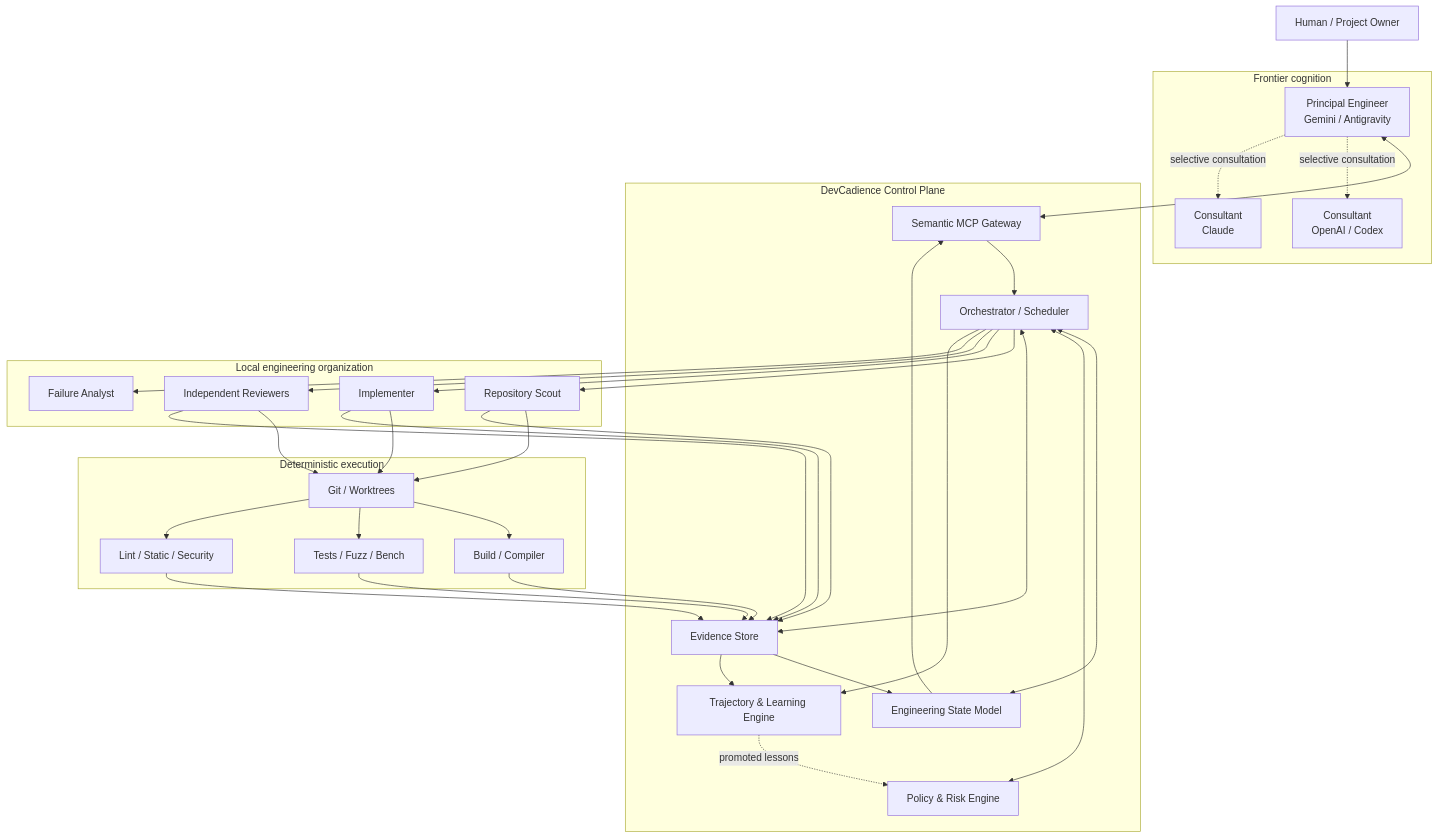
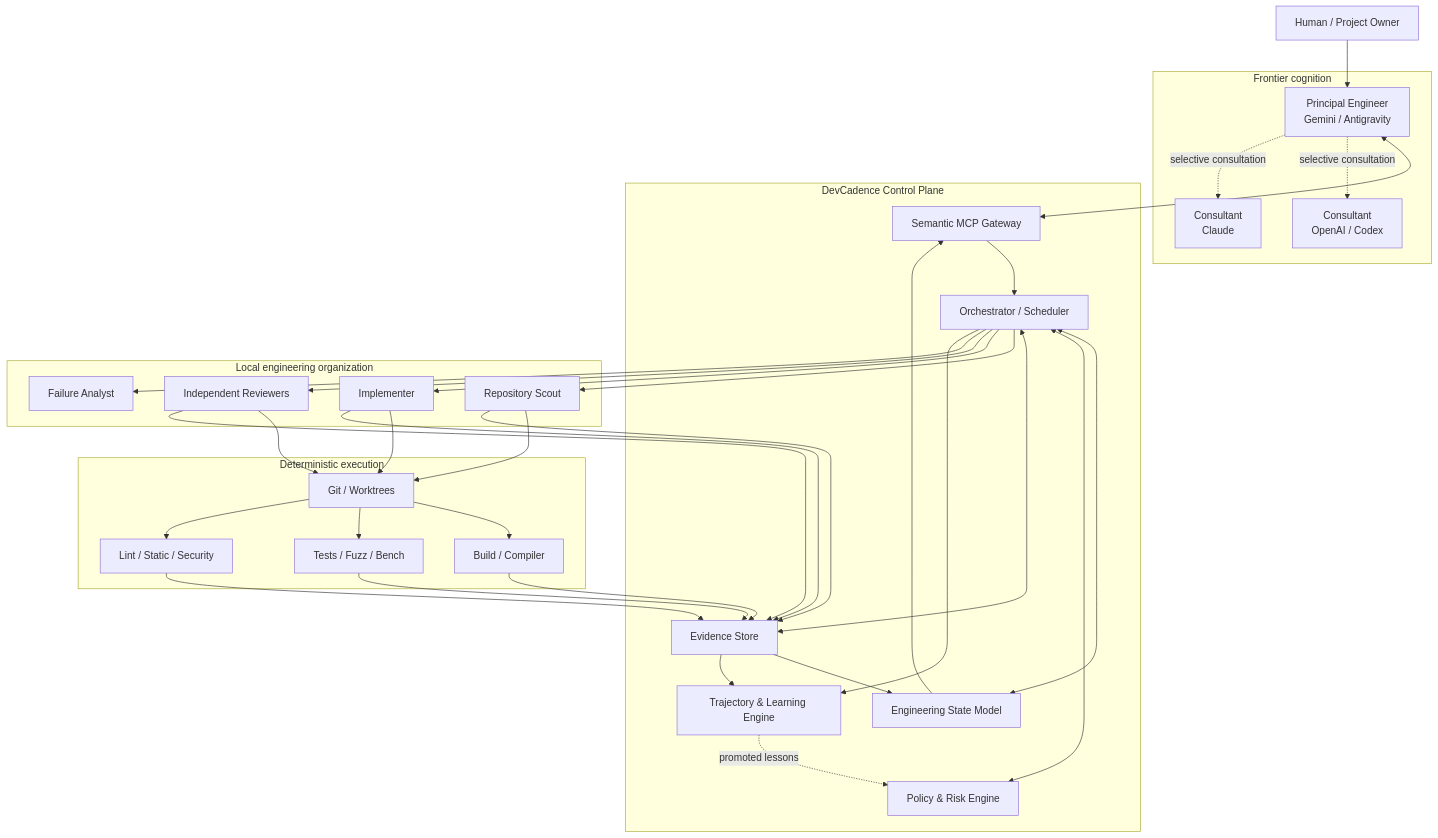
One commit to olostan/DevCadence changed the first of 13 diagrams in docs/ARCHITECTURE.md. Above: the diagram before and after it, drawn with Mermaid. The commit also changed other lines of this file and 207 other files, not shown here.

Commit message:
refactor: rename DevCadience to DevCadence

````diff
--- a/docs/ARCHITECTURE.md
+++ b/docs/ARCHITECTURE.md
@@ -20,67 +20,67 @@
 ```mermaid
 flowchart TB
     Human["Human / Project Owner"]
 
     subgraph Frontier["Frontier cognition"]
         Principal["Principal Engineer<br/>Gemini / Antigravity"]
         ConsultantA["Consultant<br/>OpenAI / Codex"]
         ConsultantB["Consultant<br/>Claude"]
     end
 
-    subgraph DevCadience["DevCadience Control Plane"]
+    subgraph DevCadence["DevCadence Control Plane"]
         MCP["Semantic MCP Gateway"]
         Orchestrator["Orchestrator / Scheduler"]
         State["Engineering State Model"]
         Policy["Policy & Risk Engine"]
         Evidence["Evidence Store"]
         Learning["Trajectory & Learning Engine"]
     end
 
     subgraph Local["Local engineering organization"]
         Scout["Repository Scout"]
         Implementer["Implementer"]
         Reviewers["Independent Reviewers"]
         Failure["Failure Analyst"]
     end
 
     subgraph Deterministic["Deterministic execution"]
         Git["Git / Worktrees"]
         Build["Build / Compiler"]
         Tests["Tests / Fuzz / Bench"]
         Static["Lint / Static / Security"]
     end
 
     Human --> Principal
     Principal <--> MCP
     Principal -. selective consultation .-> ConsultantA
     Principal -. selective consultation .-> ConsultantB
 
     MCP --> Orchestrator
     Orchestrator <--> State
     Orchestrator <--> Policy
     Orchestrator <--> Evidence
     Orchestrator --> Scout
     Orchestrator --> Implementer
     Orchestrator --> Reviewers
     Orchestrator --> Failure
 
     Scout --> Git
     Implementer --> Git
     Reviewers --> Git
     Git --> Build
     Git --> Tests
     Git --> Static
 
     Build --> Evidence
     Tests --> Evidence
     Static --> Evidence
     Scout --> Evidence
     Implementer --> Evidence
     Reviewers --> Evidence
 
     Evidence --> State
     State --> MCP
     Evidence --> Learning
     Orchestrator --> Learning
     Learning -. promoted lessons .-> Policy
 ```
````
